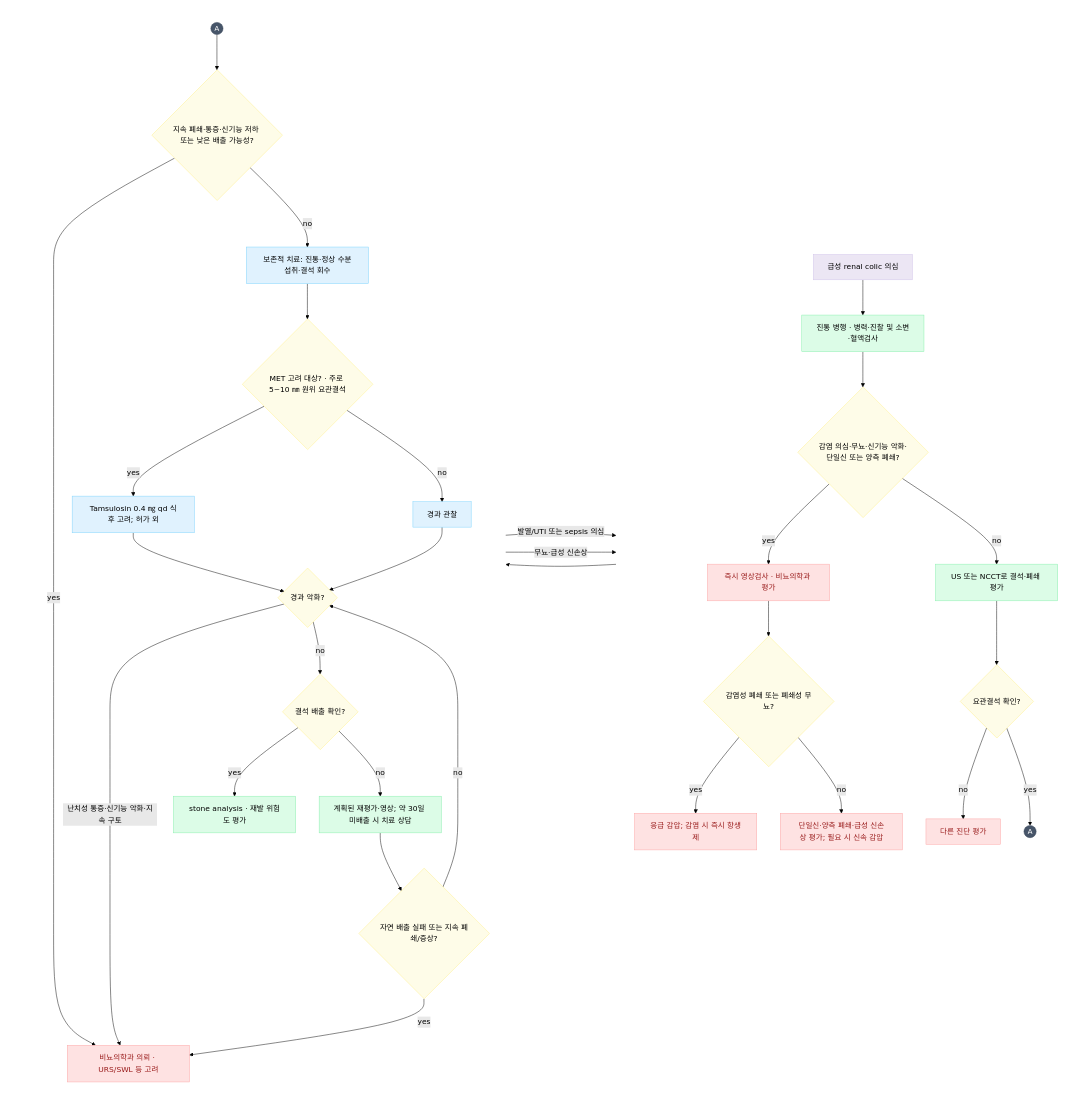
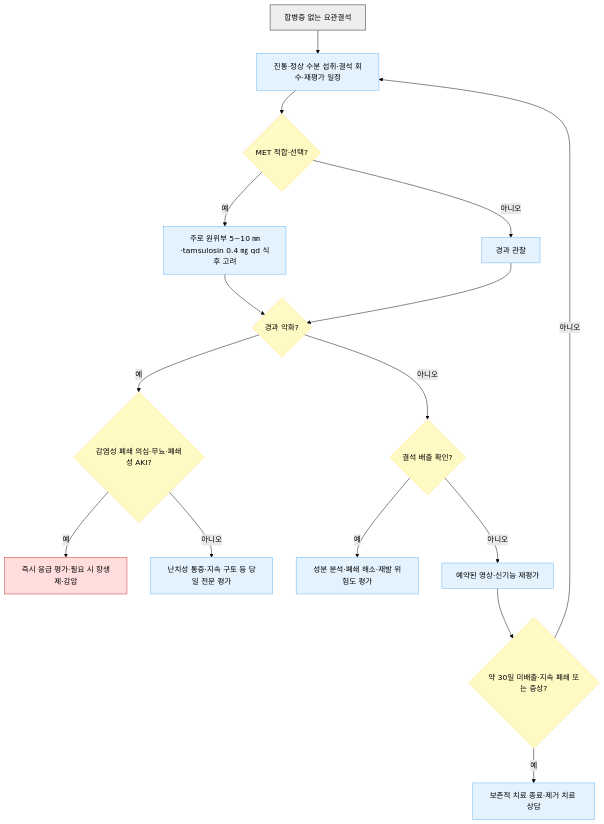
The second of 2 diagrams in 227_/133_-urolithiasis.md (familyoh77/familyoh77), drawn with Mermaid (forest theme) before and after one commit. The commit also changed other lines of this file and 10 other files, not shown here.

````diff
--- a/227_/133_-urolithiasis.md
+++ b/227_/133_-urolithiasis.md
@@ -170,69 +200,26 @@
 ```mermaid
-flowchart LR
-    subgraph Col1 [" "]
-        direction TB
-
-        NodeA["급성 renal colic 의심"] --> NodeB["진통 병행 · 병력·진찰 및 소변·혈액검사"]
-
-        NodeB --> NodeC{"감염 의심·무뇨·신기능 악화·단일신 또는 양측 폐쇄?"}
-
-        NodeC -- yes --> NodeD["즉시 영상검사 · 비뇨의학과 평가"]
-
-        NodeD --> NodeE{"감염성 폐쇄 또는 폐쇄성 무뇨?"}
-        NodeE -- yes --> NodeF["응급 감압; 감염 시 즉시 항생제"]
-        NodeE -- no --> NodeG["단일신·양측 폐쇄·급성 신손상 평가; 필요 시 신속 감압"]
-
-        NodeC -- no --> NodeH["US 또는 NCCT로 결석·폐쇄 평가"]
-
-        NodeH --> NodeI{"요관결석 확인?"}
-        NodeI -- no --> NodeJ["다른 진단 평가"]
-        NodeI -- yes --> NodeK(("A"))
-    end
-
-    subgraph Col2 [" "]
-        direction TB
-
-        NodeK2(("A")) --> NodeL{"지속 폐쇄·통증·신기능 저하 또는 낮은 배출 가능성?"}
-
-        NodeL -- yes --> NodeM["비뇨의학과 의뢰 · URS/SWL 등 고려"]
-        NodeL -- no --> NodeN["보존적 치료: 진통·정상 수분섭취·결석 회수"]
-
-        NodeN --> NodeO{"MET 고려 대상? · 주로 5~10 ㎜ 원위 요관결석"}
-        NodeO -- yes --> NodeP["Tamsulosin 0.4 ㎎ qd 식후 고려; 허가 외"]
-        NodeO -- no --> NodeQ["경과 관찰"]
-
-        NodeP --> NodeR{"경과 악화?"}
-        NodeQ --> NodeR
-
-        NodeR -- "발열/UTI 또는 sepsis 의심" --> NodeD
-        NodeR -- "무뇨·급성 신손상" --> NodeD
-        NodeR -- "난치성 통증·신기능 악화·지속 구토" --> NodeM
-        NodeR -- no --> NodeS{"결석 배출 확인?"}
-
-        NodeS -- yes --> NodeT["stone analysis · 재발 위험도 평가"]
-        NodeS -- no --> NodeU["계획된 재평가·영상; 약 30일 미배출 시 치료 상담"]
-
-        NodeU --> NodeV{"자연 배출 실패 또는 지속 폐쇄/증상?"}
-        NodeV -- yes --> NodeM
-        NodeV -- no --> NodeR
-    end
-
-    NodeK --> NodeK2
-
-    style Col1 fill:none,stroke:none
-    style Col2 fill:none,stroke:none
-
-    classDef startNode fill:#ECE6F4,stroke:#D1C4E9,stroke-width:1px;
-    classDef decision fill:#FEFCE8,stroke:#FEF08A,stroke-width:1px;
-    classDef alert fill:#FEE2E2,stroke:#FCA5A5,stroke-width:1px,color:#991B1B;
-    classDef greenBox fill:#DCFCE7,stroke:#86EFAC,stroke-width:1px;
-    classDef blueBox fill:#E0F2FE,stroke:#7DD3FC,stroke-width:1px;
-    classDef conn fill:#475569,stroke:#334155,stroke-width:1px,color:#FFFFFF;
-
-    class NodeA startNode;
-    class NodeC,NodeE,NodeI,NodeL,NodeO,NodeR,NodeS,NodeV decision;
-    class NodeD,NodeF,NodeG,NodeJ,NodeM alert;
-    class NodeB,NodeH,NodeT,NodeU greenBox;
-    class NodeN,NodeP,NodeQ blueBox;
-    class NodeK,NodeK2 conn;
+flowchart TD
+    A["합병증 없는 요관결석"] --> B["진통·정상 수분 섭취·결석 회수·재평가 일정"]
+    B --> C{"MET 적합·선택?"}
+    C -- "예" --> D["주로 원위부 5~10 ㎜·tamsulosin 0.4 ㎎ qd 식후 고려"]
+    C -- "아니오" --> E["경과 관찰"]
+    D --> F{"경과 악화?"}
+    E --> F
+    F -- "예" --> G{"감염성 폐쇄 의심·무뇨·폐쇄성 AKI?"}
+    G -- "예" --> H["즉시 응급 평가·필요 시 항생제·감압"]
+    G -- "아니오" --> I["난치성 통증·지속 구토 등 당일 전문 평가"]
+    F -- "아니오" --> J{"결석 배출 확인?"}
+    J -- "예" --> K["성분 분석·폐쇄 해소·재발 위험도 평가"]
+    J -- "아니오" --> L["예약된 영상·신기능 재평가"]
+    L --> M{"약 30일 미배출·지속 폐쇄 또는 증상?"}
+    M -- "예" --> N["보존적 치료 종료·제거 치료 상담"]
+    M -- "아니오" --> B
+    classDef start fill:#eeeeee,stroke:#888888,stroke-width:2px
+    classDef question fill:#fff9c4,stroke:#ffe082
+    classDef emergency fill:#ffdddd,stroke:#d32f2f
+    classDef care fill:#e3f2fd,stroke:#64b5f6
+    class A start
+    class C,F,G,J,M question
+    class H emergency
+    class B,D,E,I,K,L,N care
 ```
````
